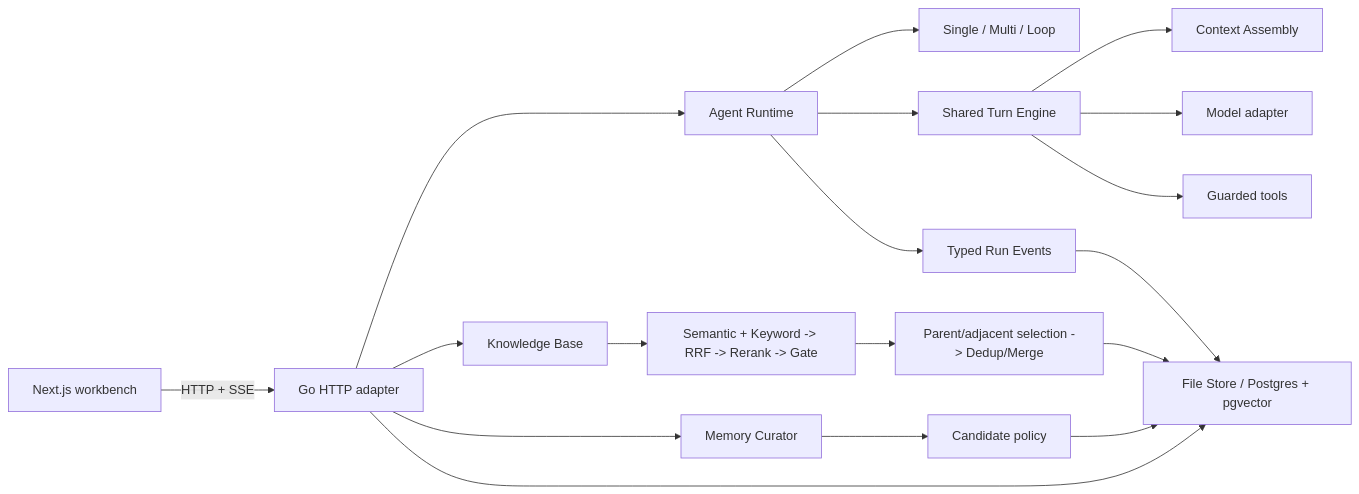
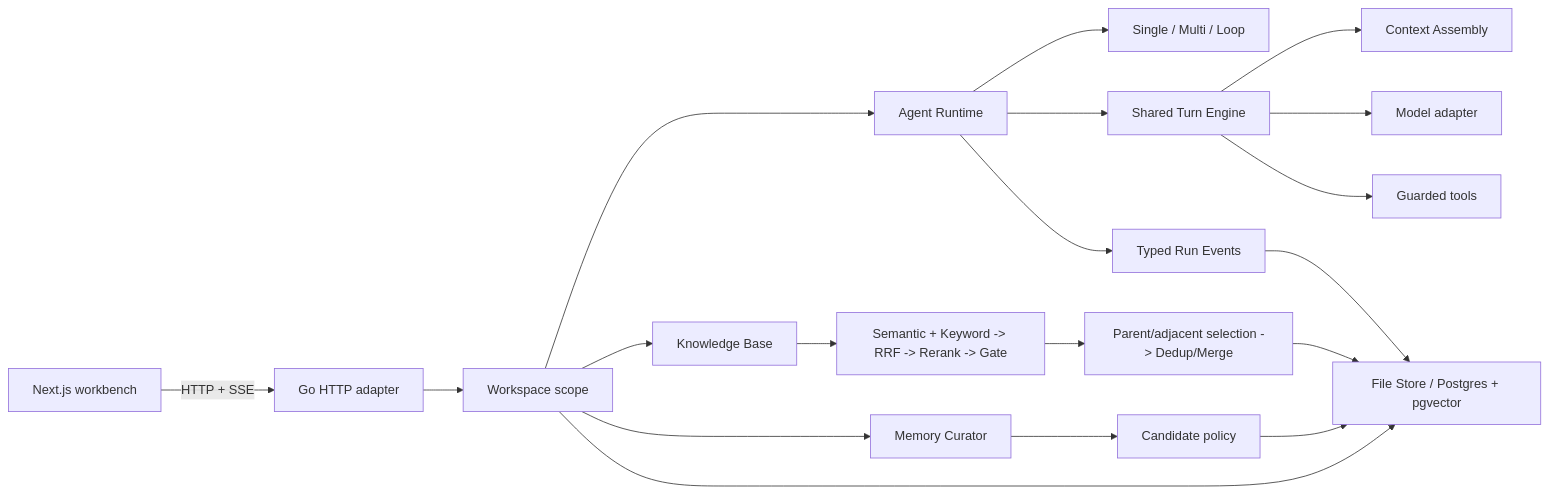
Before and after one commit to hoiyd/agentflow-platform: the diagram in README.md, drawn with Mermaid. The commit also changed other lines of this file and 16 other files, not shown here.

````diff
--- a/README.md
+++ b/README.md
@@ -104,20 +104,21 @@
 ```mermaid
 flowchart LR
     UI["Next.js workbench"] -->|"HTTP + SSE"| HTTP["Go HTTP adapter"]
-    HTTP --> Runtime["Agent Runtime"]
+    HTTP --> Scope["Workspace scope"]
+    Scope --> Runtime["Agent Runtime"]
     Runtime --> Modes["Single / Multi / Loop"]
     Runtime --> Turn["Shared Turn Engine"]
     Turn --> Context["Context Assembly"]
     Turn --> Model["Model adapter"]
     Turn --> Tools["Guarded tools"]
     Runtime --> Events["Typed Run Events"]
-    HTTP --> Knowledge["Knowledge Base"]
+    Scope --> Knowledge["Knowledge Base"]
     Knowledge --> Retrieval["Semantic + Keyword -> RRF -> Rerank -> Gate"]
     Retrieval --> Transform["Parent/adjacent selection -> Dedup/Merge"]
-    HTTP --> Memory["Memory Curator"]
+    Scope --> Memory["Memory Curator"]
     Memory --> Candidates["Candidate policy"]
-    HTTP --> Store["File Store / Postgres + pgvector"]
+    Scope --> Store["File Store / Postgres + pgvector"]
     Events --> Store
     Candidates --> Store
     Transform --> Store
 ```
````
